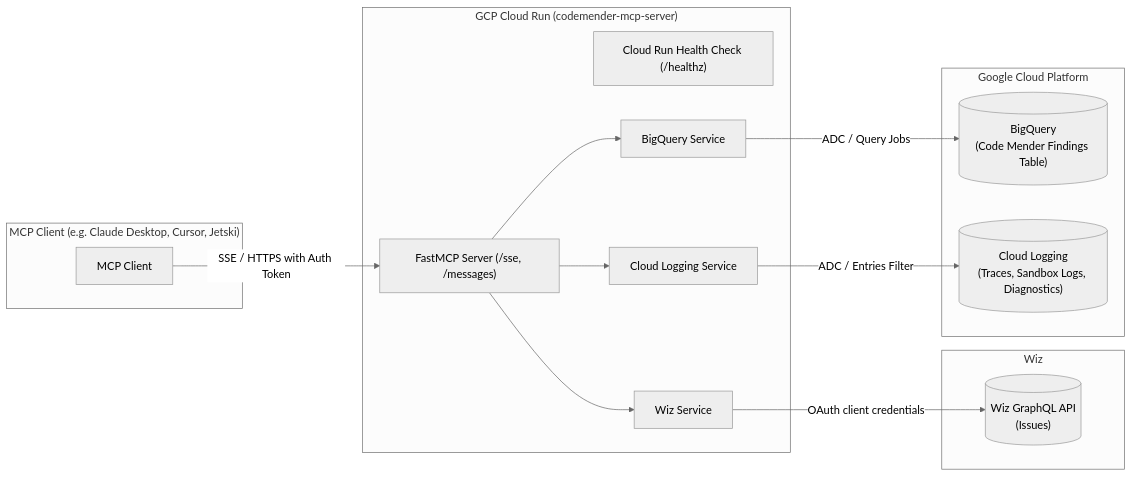
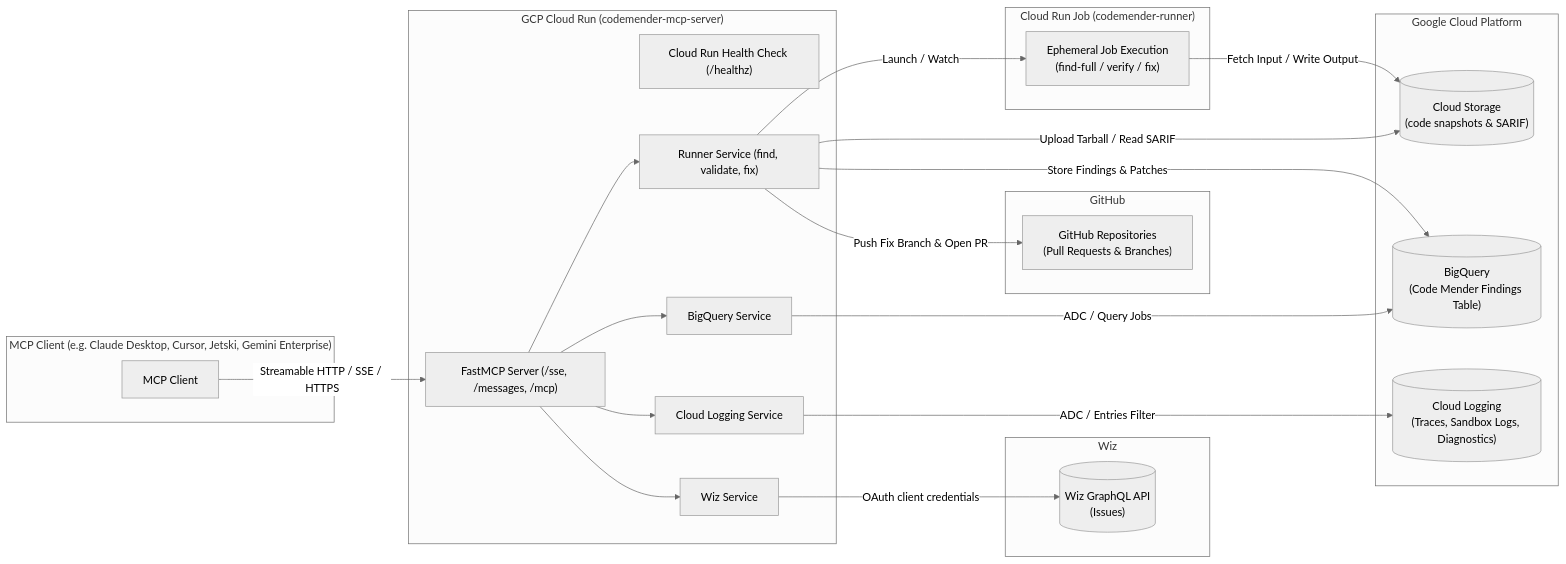
One commit to avnit/codemender-mcp changed the diagram in README.md. Above: the diagram before and after it, drawn with Mermaid (neutral theme). The commit also changed other lines of this file and 47 other files, not shown here.

Commit message:
feat(runner): add Code Mender find, validate, and fix tools with BigQuery ingestion

````diff
--- a/README.md
+++ b/README.md
@@ -9,31 +9,47 @@
 ```mermaid
 flowchart LR
-    subgraph Client["MCP Client (e.g. Claude Desktop, Cursor, Jetski)"]
+    subgraph Client["MCP Client (e.g. Claude Desktop, Cursor, Jetski, Gemini Enterprise)"]
         A[MCP Client]
     end
 
     subgraph CloudRun["GCP Cloud Run (codemender-mcp-server)"]
-        B["FastMCP Server (/sse, /messages)"]
+        B["FastMCP Server (/sse, /messages, /mcp)"]
         C["Cloud Run Health Check (/healthz)"]
+        R["Runner Service (find, validate, fix)"]
         D["BigQuery Service"]
         E["Cloud Logging Service"]
         W["Wiz Service"]
+        B --> R
         B --> D
         B --> E
         B --> W
+    end
+
+    subgraph Runner["Cloud Run Job (codemender-runner)"]
+        J["Ephemeral Job Execution\n(find-full / verify / fix)"]
+        R -->|Launch / Watch| J
     end
 
     subgraph Wiz["Wiz"]
         X[("Wiz GraphQL API\n(Issues)")]
         W -->|OAuth client credentials| X
     end
 
     subgraph GCP["Google Cloud Platform"]
+        S[("Cloud Storage\n(code snapshots & SARIF)")]
         F[("BigQuery\n(Code Mender Findings Table)")]
         G[("Cloud Logging\n(Traces, Sandbox Logs, Diagnostics)")]
+        R -->|Upload Tarball / Read SARIF| S
+        J -->|Fetch Input / Write Output| S
+        R -->|Store Findings & Patches| F
         D -->|ADC / Query Jobs| F
         E -->|ADC / Entries Filter| G
     end
 
-    A -->|SSE / HTTPS with Auth Token| B
+    subgraph GitHub["GitHub"]
+        GH["GitHub Repositories\n(Pull Requests & Branches)"]
+        R -->|Push Fix Branch & Open PR| GH
+    end
+
+    A -->|Streamable HTTP / SSE / HTTPS| B
 ```
````
